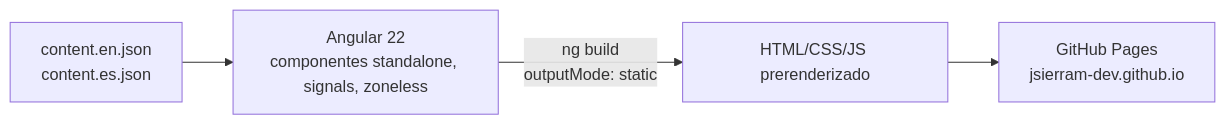
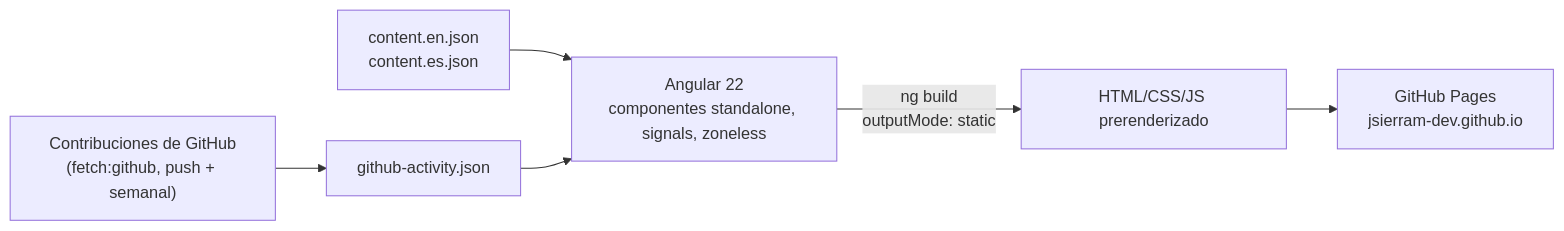
One commit to jsierram-dev/jsierram-dev.github.io changed the second of 2 diagrams in README.md. Above: the diagram before and after it, drawn with Mermaid. The commit also changed other lines of this file, not shown here.

First line of the commit message:
📝 Docs: README reflects real GitHub activity and real content

````diff
--- a/README.md
+++ b/README.md
@@ -100,6 +101,7 @@
 ```mermaid
 flowchart LR
     JSON["content.en.json<br/>content.es.json"] --> APP["Angular 22<br/>componentes standalone, signals, zoneless"]
+    GH["Contribuciones de GitHub<br/>(fetch:github, push + semanal)"] --> ACT["github-activity.json"] --> APP
     APP -->|"ng build<br/>outputMode: static"| STATIC["HTML/CSS/JS prerenderizado"]
     STATIC --> PAGES["GitHub Pages<br/>jsierram-dev.github.io"]
 ```
````
